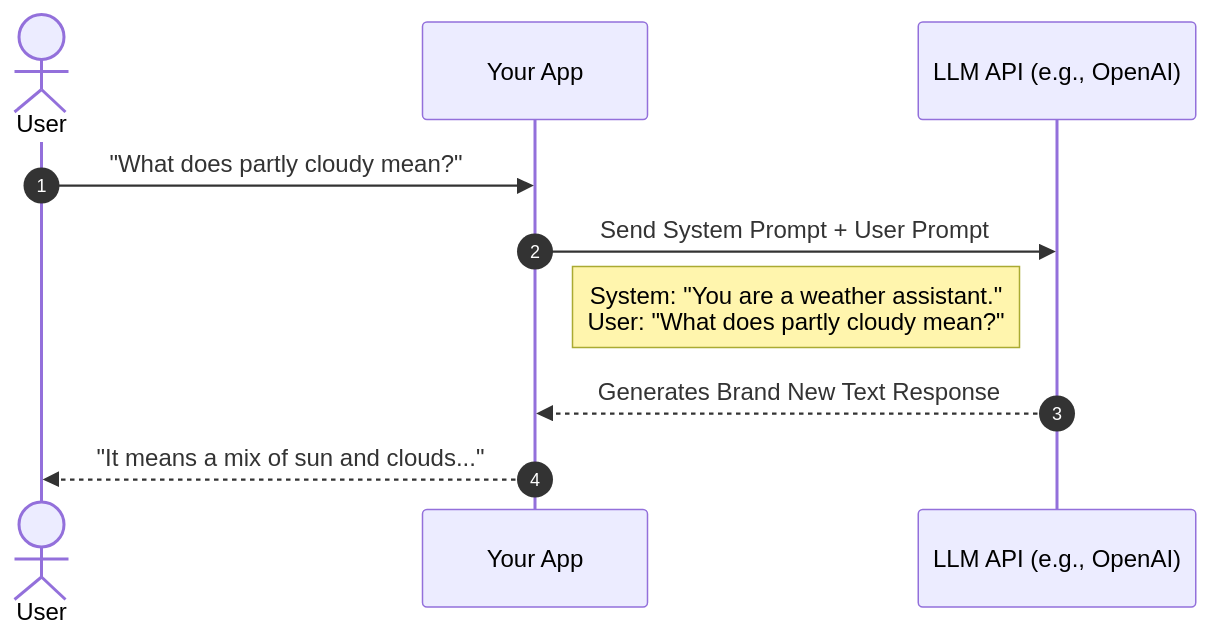
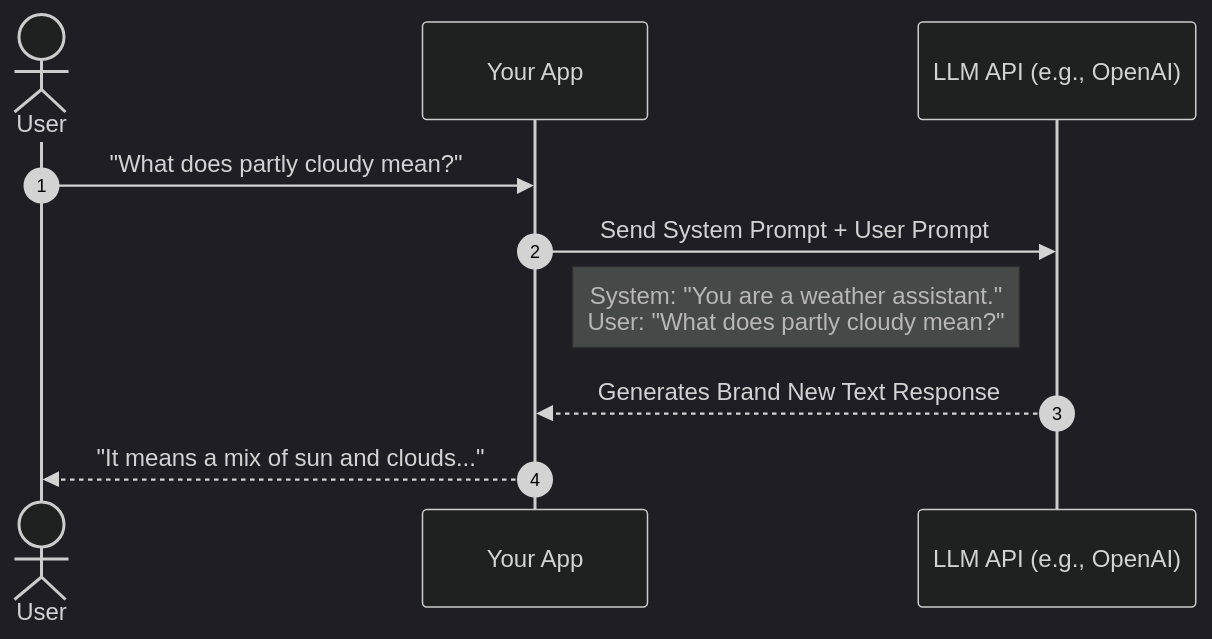
Before and after one commit to dulithdivisekara/SLIIT-Y2S1-vault: the fifth of 5 diagrams in AI-ML/Lec 02 - Introduction to Generative AI (Simplified).md, drawn with Mermaid. The commit also changed other lines of this file, not shown here.

Commit message:
Update AI definitions and diagram styles in lecture notes

````diff
--- a/AI-ML/Lec 02 - Introduction to Generative AI (Simplified).md
+++ b/AI-ML/Lec 02 - Introduction to Generative AI (Simplified).md
@@ -131,13 +120,15 @@
 ```mermaid
+%%{init: {'theme': 'dark'}}%%
 sequenceDiagram
     autonumber
     actor User
     participant Application as Your App
     participant LLM as LLM API (e.g., OpenAI)
 
     User->>Application: "What does partly cloudy mean?"
     Application->>LLM: Send System Prompt + User Prompt
     Note right of Application: System: "You are a weather assistant."<br/>User: "What does partly cloudy mean?"
     LLM-->>Application: Generates Brand New Text Response
     Application-->>User: "It means a mix of sun and clouds..."
+
 ```
````
